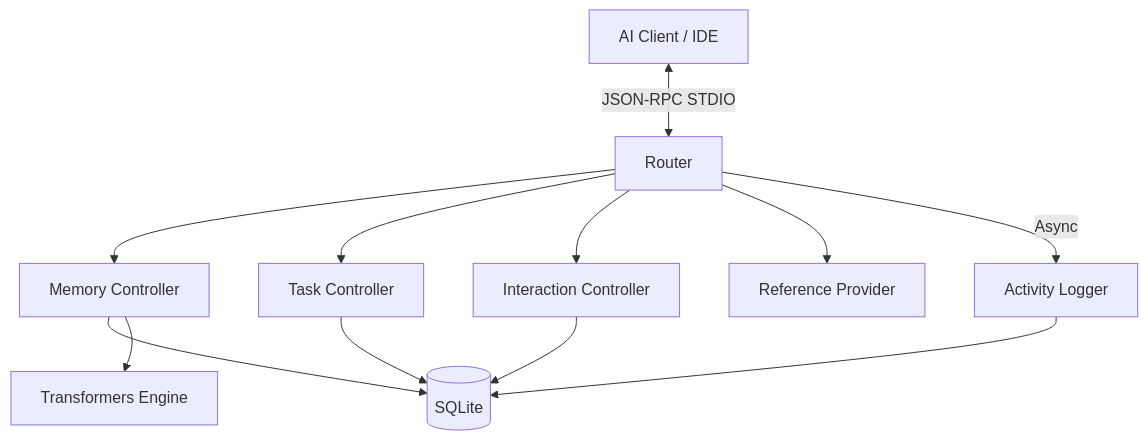
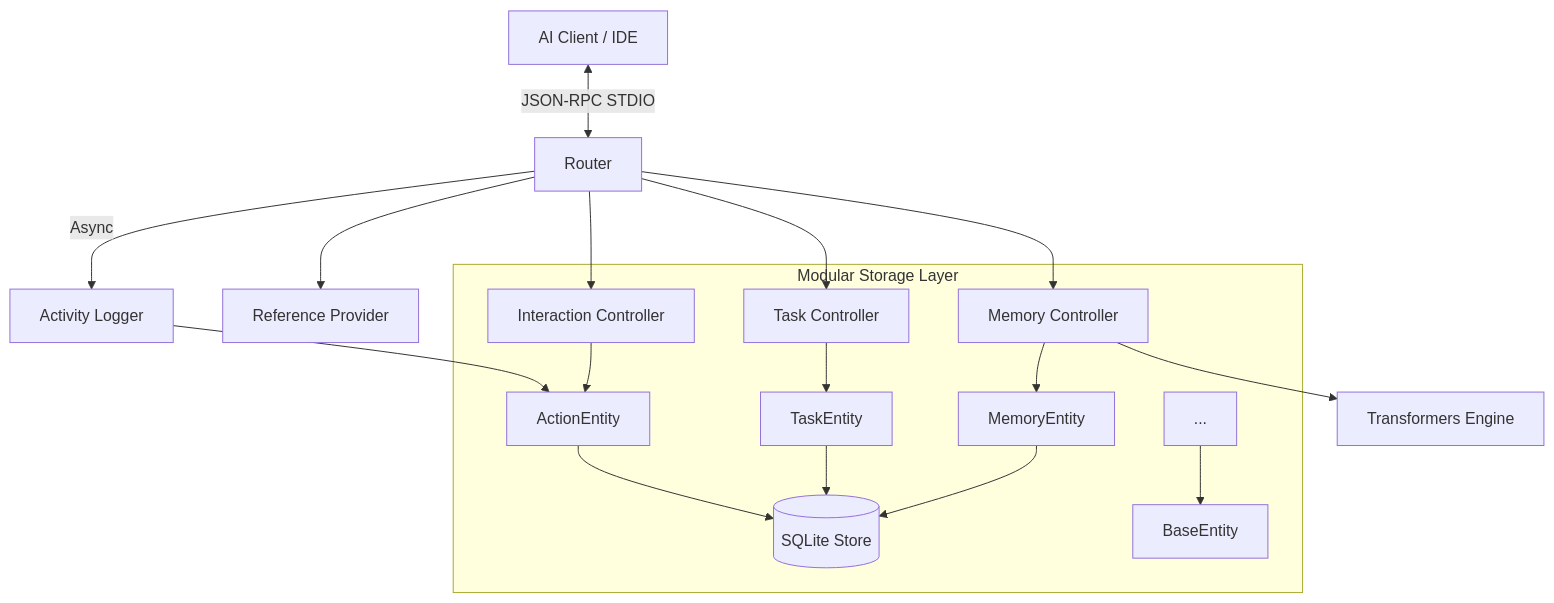
One commit to vheins/local-memory-mcp changed the diagram in .agents/documents/application/modules/mcp-server/overview.md. Above: the diagram before and after it, drawn with Mermaid. The commit also changed 5 other files, not shown here.

Commit message:
docs: update architecture and implementation documentation to reflect modular storage entity refactor

````diff
--- a/.agents/documents/application/modules/mcp-server/overview.md
+++ b/.agents/documents/application/modules/mcp-server/overview.md
@@ -24,16 +24,24 @@
 ```mermaid
 graph TD
     A[AI Client / IDE] <-->|JSON-RPC STDIO| B[Router]
     B --> C[Memory Controller]
     B --> D[Task Controller]
     B --> I[Interaction Controller]
     B --> G[Reference Provider]
     
-    C --> E[(SQLite)]
-    D --> E
-    I --> E
+    subgraph StorageLayer [Modular Storage Layer]
+        C --> MemoryEnt[MemoryEntity]
+        D --> TaskEnt[TaskEntity]
+        I --> ActionEnt[ActionEntity]
+        
+        MemoryEnt --> SQLite[(SQLite Store)]
+        TaskEnt --> SQLite
+        ActionEnt --> SQLite
+        
+        Entities[...] --> Base[BaseEntity]
+    end
     
     C --> F[Transformers Engine]
     B -- Async --> H[Activity Logger]
-    H --> E
+    H --> ActionEnt
 ```
````
